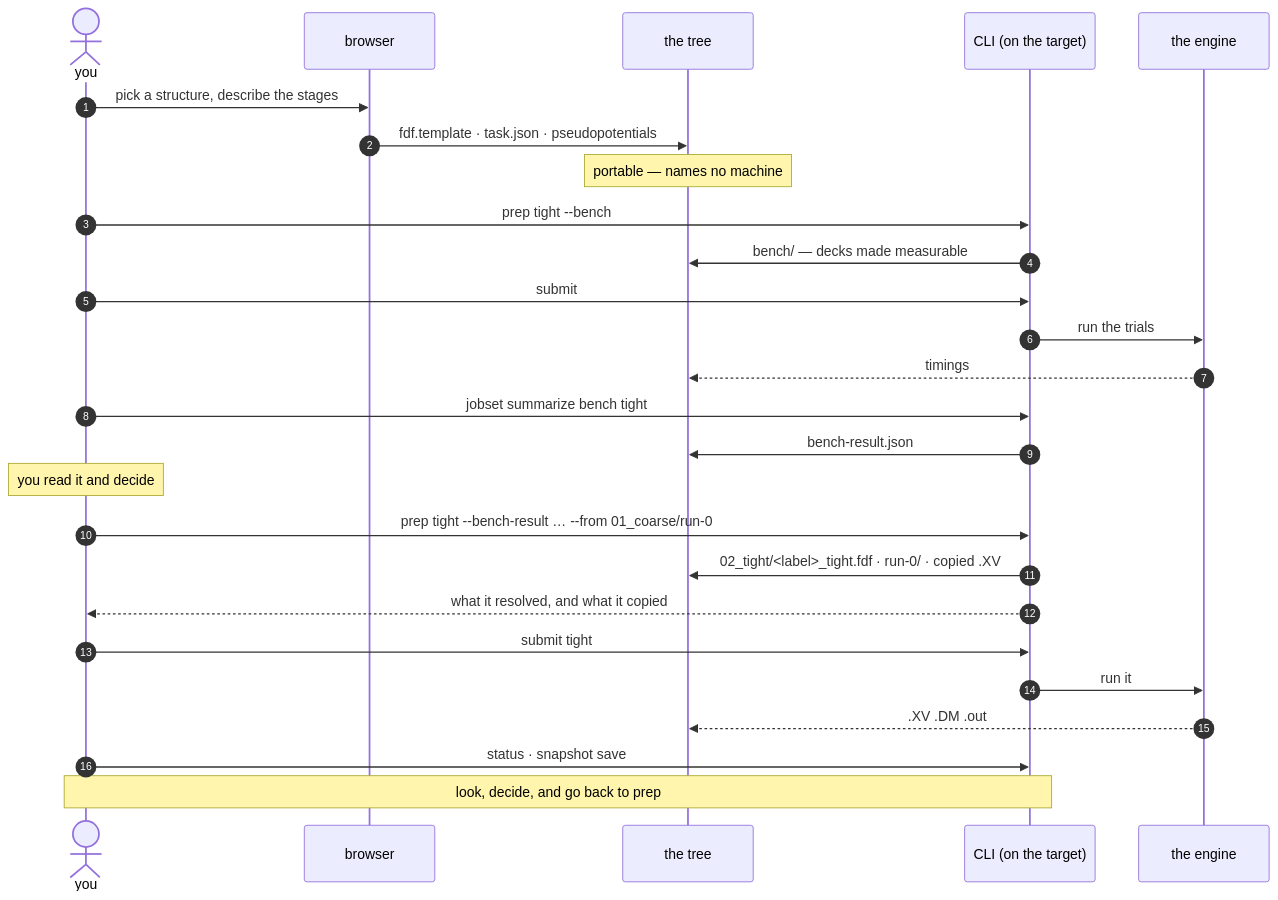
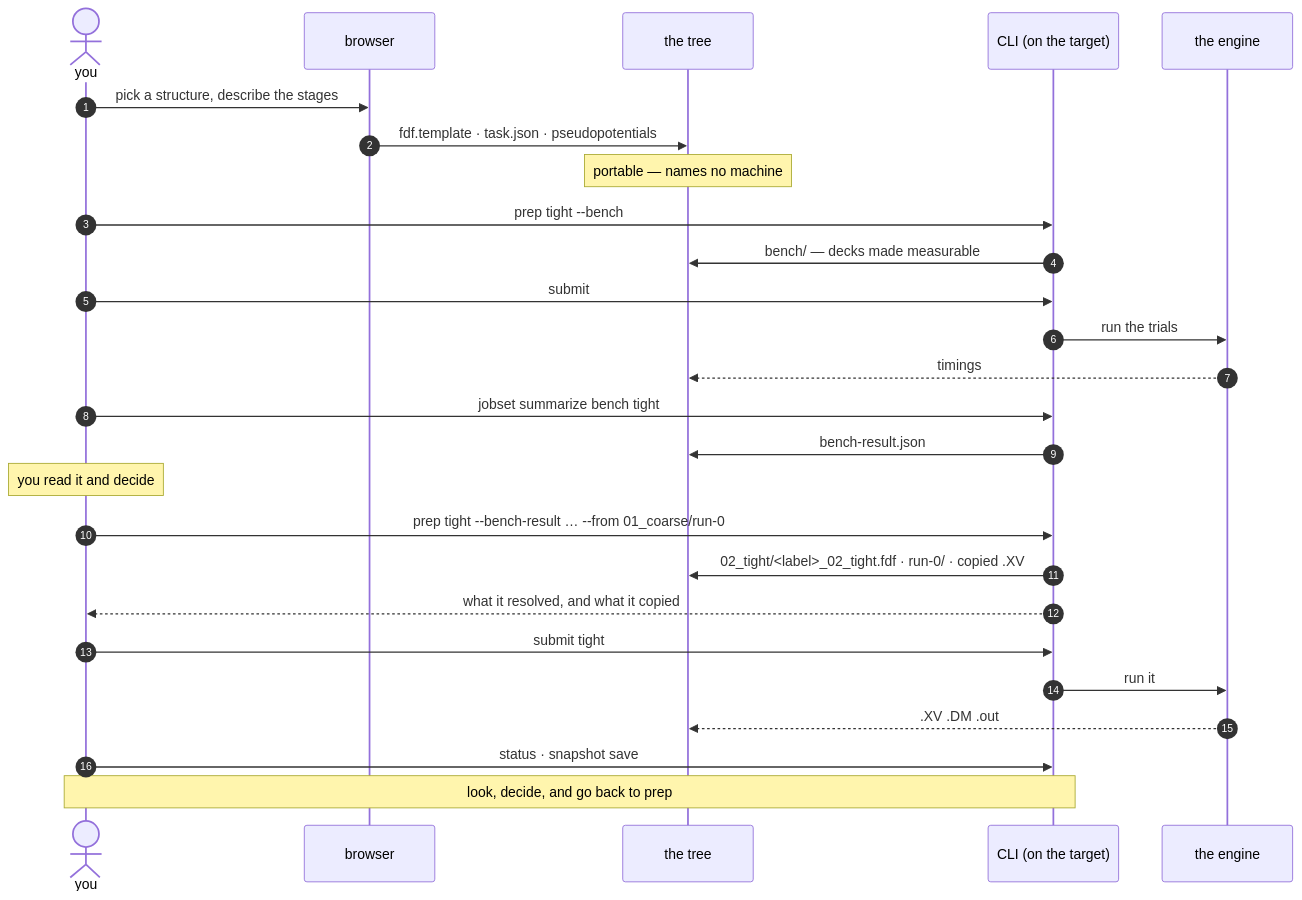
One commit to Qing-LAB/molbuilder changed the eighth of 9 diagrams in docs/execution/project-layout.md. Above: the diagram before and after it, drawn with Mermaid. The commit also changed other lines of this file and 8 other files, not shown here.

````diff
--- a/docs/execution/project-layout.md
+++ b/docs/execution/project-layout.md
@@ -790,33 +790,33 @@
 ```mermaid
 sequenceDiagram
     autonumber
     actor U as you
     participant B as browser
     participant T as the tree
     participant C as CLI (on the target)
     participant E as the engine
 
     U->>B: pick a structure, describe the stages
     B->>T: fdf.template · task.json · pseudopotentials
     Note over T: portable — names no machine
 
     U->>C: prep tight --bench
     C->>T: bench/ — decks made measurable
     U->>C: submit
     C->>E: run the trials
     E-->>T: timings
     U->>C: jobset summarize bench tight
     C->>T: bench-result.json
 
     Note over U: you read it and decide
 
     U->>C: prep tight --bench-result … --from 01_coarse/run-0
-    C->>T: 02_tight/<label>_tight.fdf · run-0/ · copied .XV
+    C->>T: 02_tight/<label>_02_tight.fdf · run-0/ · copied .XV
     C-->>U: what it resolved, and what it copied
     U->>C: submit tight
     C->>E: run it
     E-->>T: .XV .DM .out
 
     U->>C: status · snapshot save
     Note over U,C: look, decide, and go back to prep
 ```
````
